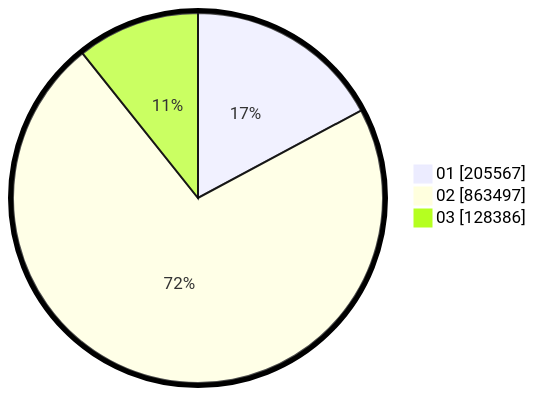
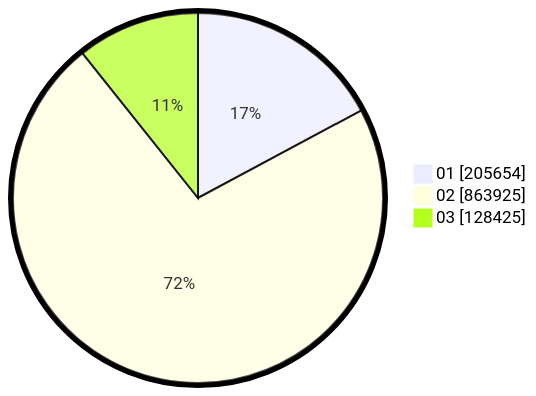
The second of 2 diagrams in pilpres/hitung-suara/sub/table-wilayah-62.md (gigit-pemilu/pemilu-2024), drawn with Mermaid before and after one commit. The commit also changed other lines of this file and 5 other files, not shown here.

````diff
--- a/pilpres/hitung-suara/sub/table-wilayah-62.md
+++ b/pilpres/hitung-suara/sub/table-wilayah-62.md
@@ -15,7 +15,7 @@
 ```mermaid
 %%{init: {"pie": {"textPosition": 0.5}, "themeVariables": {"pieOuterStrokeWidth": "5px"}} }%%
 pie showData
-    "01" : 205567
-    "02" : 863497
-    "03" : 128386
+    "01" : 205654
+    "02" : 863925
+    "03" : 128425
 ```
````
